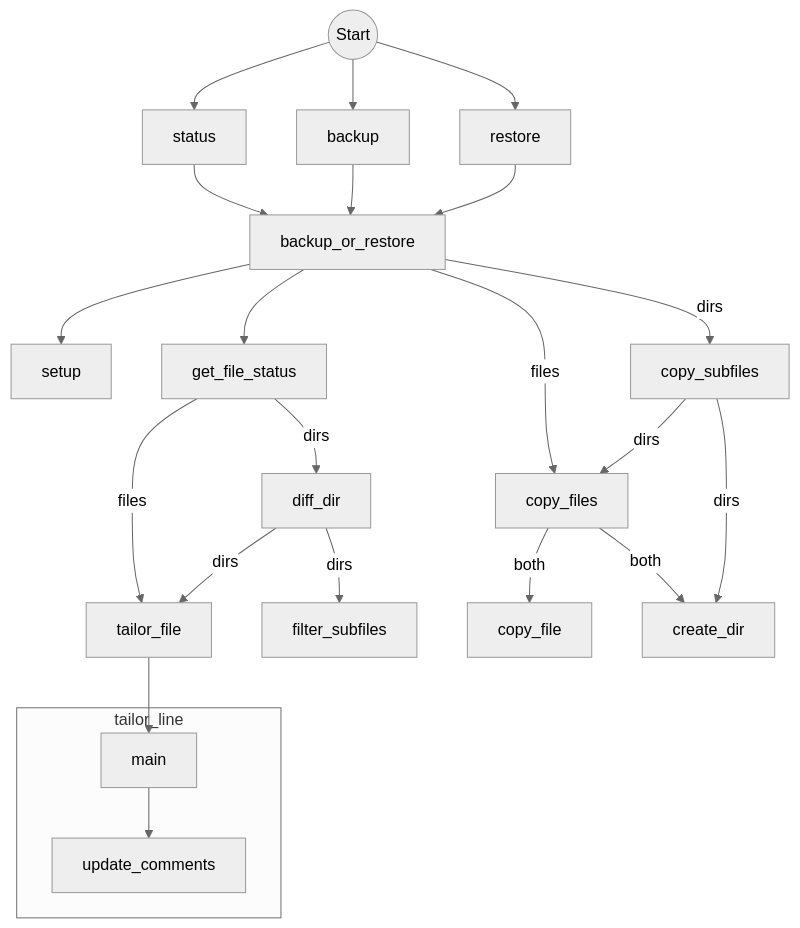
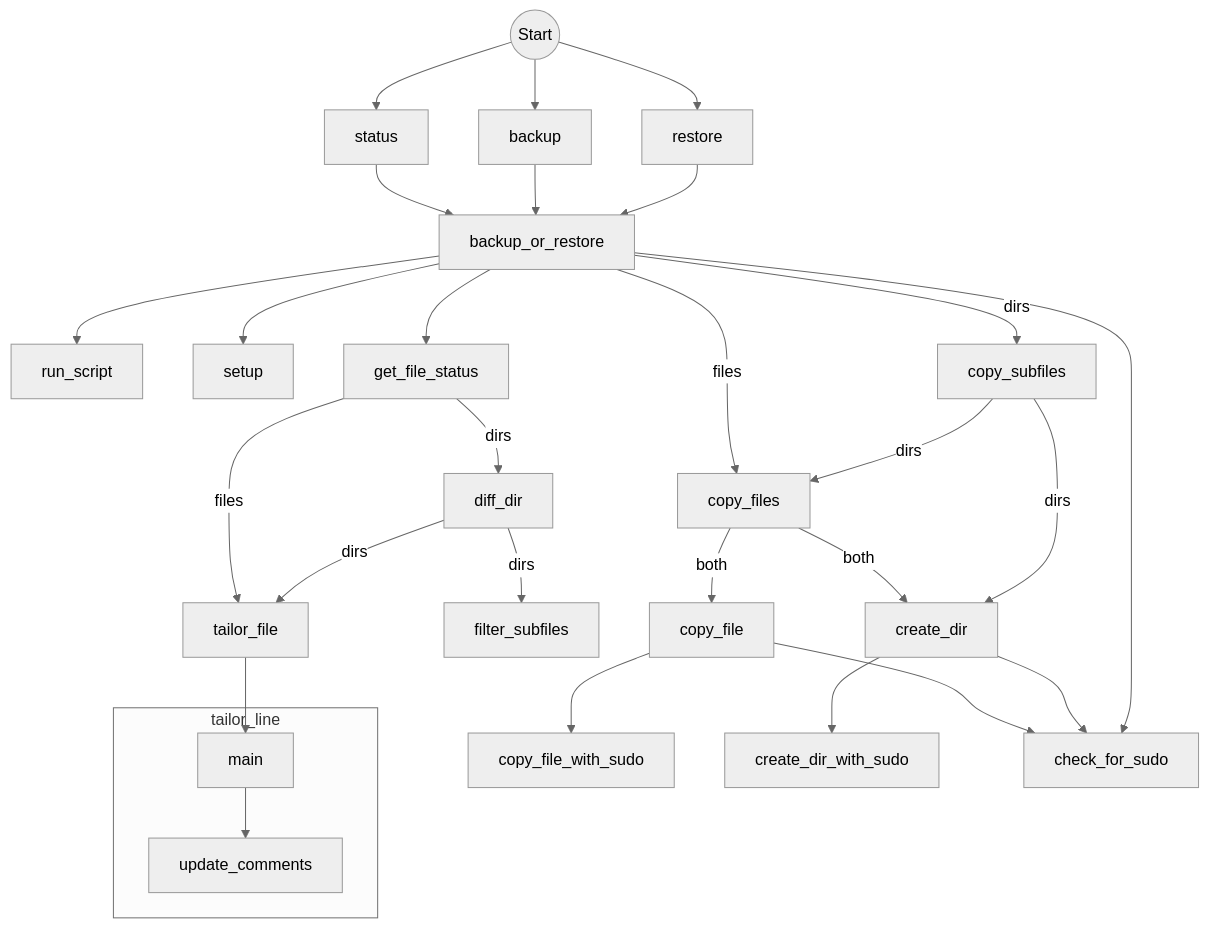
The diagram in docs/wiki/sync.md (k4j8/filetailor), drawn with Mermaid (neutral theme) before and after one commit. The commit also changed 1 other file, not shown here.

Commit message:
Only use sudo during restore

````diff
--- a/docs/wiki/sync.md
+++ b/docs/wiki/sync.md
@@ -1,47 +1,55 @@
 ```mermaid
 graph
 linkStyle default interpolate basis
 
 subgraph tailor_line
 main
 update_comments
 end
 
 %% Specify order of certain files to avoid overlapping arrows
 1((Start))
 tailor_file
 filter_subfiles
 copy_file
 
 1 --> status
 1 --> backup
 1 --> restore
 
 status --> backup_or_restore
 backup --> backup_or_restore
 restore --> backup_or_restore
 
+backup_or_restore --> run_script
+
 backup_or_restore --> setup
 
 backup_or_restore --> get_file_status
 
 get_file_status -- dirs --> diff_dir
 
 diff_dir -- dirs --> filter_subfiles
 
 get_file_status -- files --> tailor_file
 diff_dir -- dirs --> tailor_file
 
 backup_or_restore -- dirs --> copy_subfiles
 
 backup_or_restore -- files --> copy_files
 copy_subfiles -- dirs --> copy_files
 
+copy_files -- both --> copy_file
+copy_file --> copy_file_with_sudo
+
 copy_files -- both --> create_dir
 copy_subfiles -- dirs --> create_dir
+create_dir --> create_dir_with_sudo
 
-copy_files -- both --> copy_file
+copy_file --> check_for_sudo
+create_dir --> check_for_sudo
+backup_or_restore --> check_for_sudo
 
 tailor_file --> main
 main --> update_comments
 ```
````
